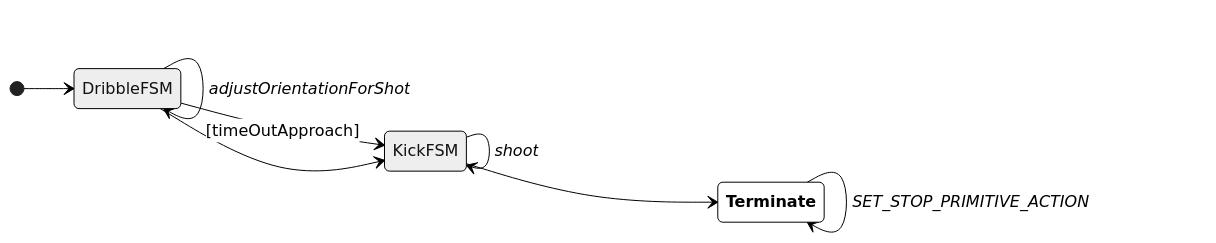
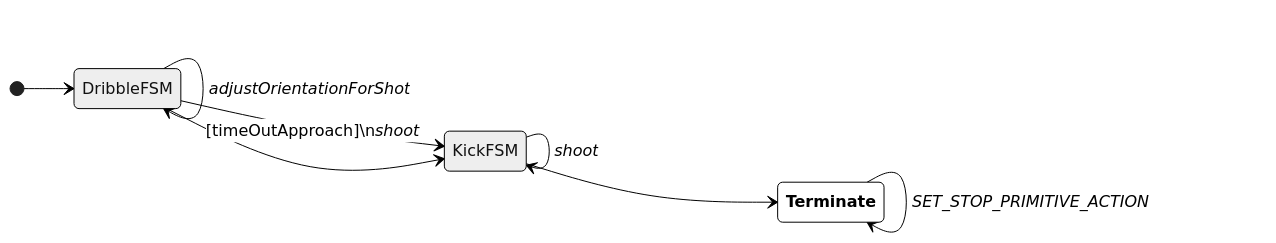
One commit to germchow/Software changed diagram 19 of 23 in docs/fsm-diagrams.md. Above: the diagram before and after it, drawn with Mermaid (neutral theme). The commit also changed other lines of this file, not shown here.

Commit message:
fsm diagram

````diff
--- a/docs/fsm-diagrams.md
+++ b/docs/fsm-diagrams.md
@@ -288,15 +329,15 @@
 ```mermaid
 
 stateDiagram-v2
 classDef terminate fill:white,color:black,font-weight:bold
 direction LR
 [*] --> DribbleFSM
 DribbleFSM --> DribbleFSM : [!takePenaltyShot]\n<i>updateApproachKeeper</i>
-DribbleFSM --> KickFSM : [timeOutApproach]
+DribbleFSM --> KickFSM : [timeOutApproach]\n<i>shoot</i>
 DribbleFSM --> DribbleFSM : <i>adjustOrientationForShot</i>
 DribbleFSM --> KickFSM
 KickFSM --> KickFSM : <i>shoot</i>
 KickFSM --> Terminate:::terminate
 Terminate:::terminate --> Terminate:::terminate : <i>SET_STOP_PRIMITIVE_ACTION</i>
 
 ```
````
